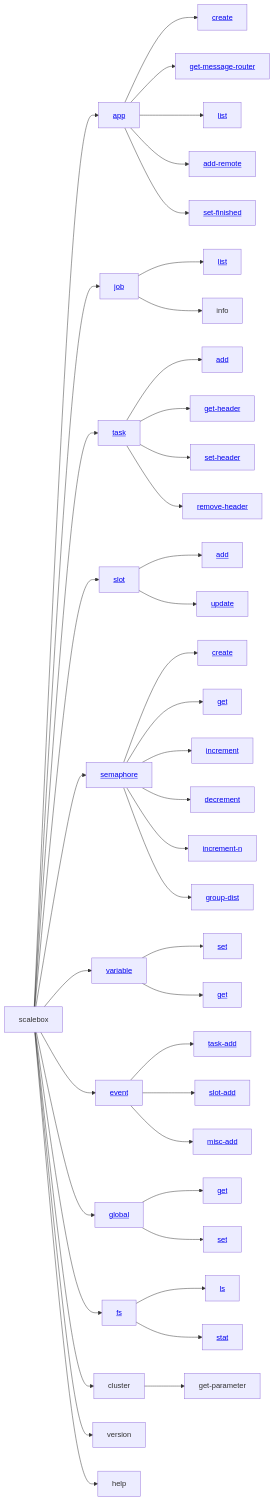
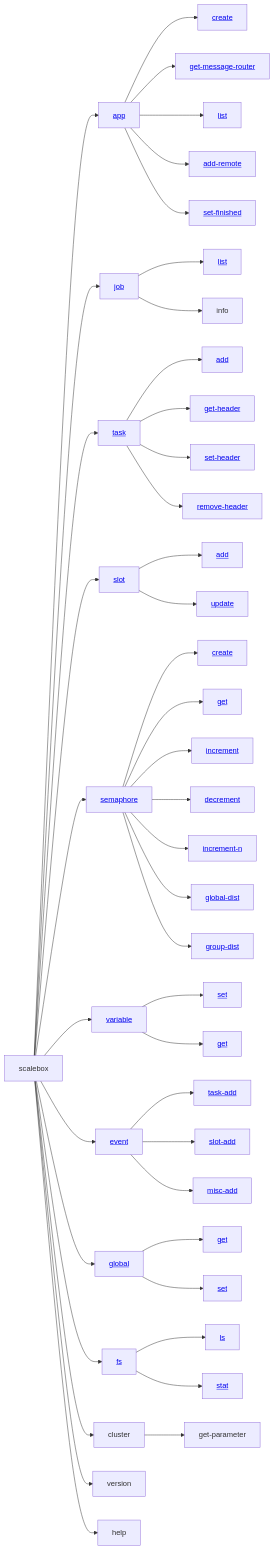
Before and after one commit to kaichao/scalebox: the diagram in docs/cn/source/appendix/cmdline.md, drawn with Mermaid. The commit also changed other lines of this file and 5 other files, not shown here.

````diff
--- a/docs/cn/source/appendix/cmdline.md
+++ b/docs/cn/source/appendix/cmdline.md
@@ -31,57 +31,58 @@
 ```{mermaid}
 
 graph LR
   scalebox --> app[<a href="#app">app</a>]
   app --> app-create[<a href="#app-create">create</a>]
   app --> get-message-router[<a href="#app-get-message-router">get-message-router</a>]
   app --> app-list[<a href="#app-list">list</a>]
   app --> app-add-remote[<a href="#app-add-remote">add-remote</a>]
   app --> app-set-finished[<a href="#app-set-finished">set-finished</a>]
 
   scalebox --> job[<a href="#job">job</a>]
   job --> job-list[<a href="#job-list">list</a>]
   job --> job-info[info]
 
   scalebox --> task[<a href="#task">task</a>]
   task --> task-add[<a href="#task-add">add</a>]
   task --> task-get-header[<a href="#task-get-header">get-header</a>]
   task --> task-set-header[<a href="#task-set-header">set-header</a>]
   task --> task-remove-header[<a href="#task-remove-header">remove-header</a>]
 
   scalebox --> slot[<a href="#slot">slot</a>]
   slot --> slot-add[<a href="#slot-add">add</a>]
   slot --> slot-update[<a href="#slot-update">update</a>]
 
   scalebox --> semaphore[<a href="#semaphore">semaphore</a>]
   semaphore --> sema-create[<a href="#semaphore-create">create</a>]
   semaphore --> semaphore-get[<a href="#semaphore-get">get</a>]
   semaphore --> increment[<a href="#semaphore-increment">increment</a>]
   semaphore --> decrement[<a href="#semaphore-decrement">decrement</a>]
   semaphore --> increment-n[<a href="#semaphore-increment">increment-n</a>]
+  semaphore --> semaphore-global-dist[<a href="#semaphore-global-dist">global-dist</a>]
   semaphore --> semaphore-group-dist[<a href="#semaphore-group-dist">group-dist</a>]
 
   scalebox --> variable[<a href="#variable">variable</a>]
   variable --> variable-set[<a href="#variable-set">set</a>]
   variable --> variable-get[<a href="#variable-get">get</a>]
 
   scalebox --> event[<a href="#event">event</a>]
   event --> event-task-add[<a href="#event-task-add">task-add</a>]
   event --> event-slot-add[<a href="#event-slot-add">slot-add</a>]
   event --> event-misc-add[<a href="#event-misc-add">misc-add</a>]
 
   scalebox --> global[<a href="#global">global</a>]
   global --> global-get[<a href="#global-get">get</a>]
   global --> global-set[<a href="#global-set">set</a>]
 
   scalebox --> fs[<a href="#fs">fs</a>]
   fs --> fs-ls[<a href="#fs-ls">ls</a>]
   fs --> fs-stat[<a href="#fs-stat">stat</a>]
 
   scalebox --> cluster
   cluster --> get-parameter
 
   scalebox --> version
 
   scalebox --> help
 
 ```
````
